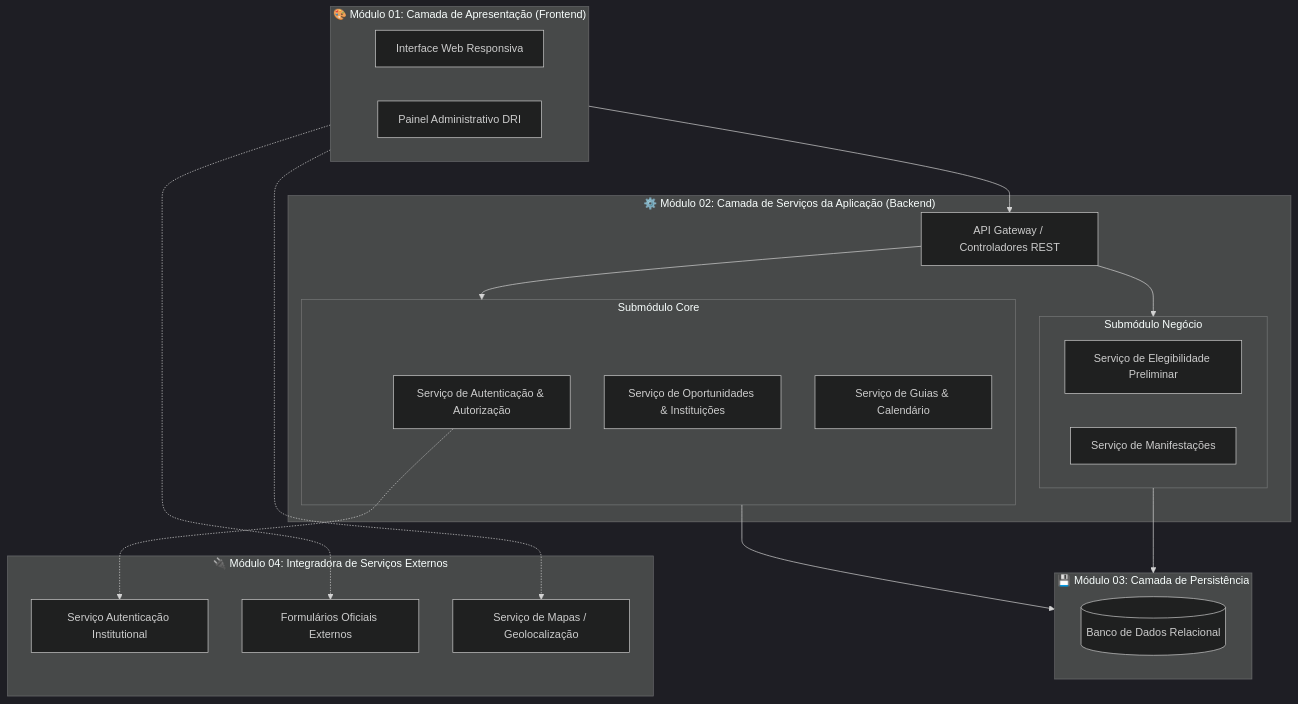
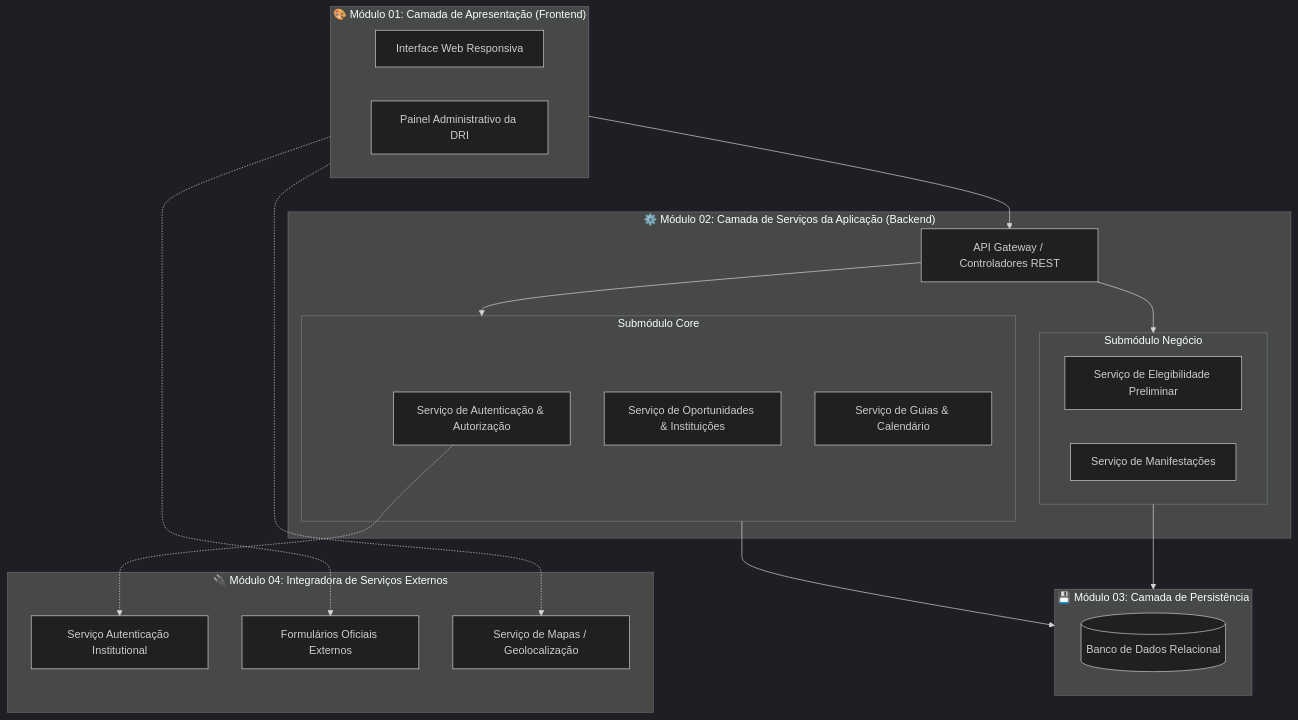
Before and after one commit to niclasmn/requisitos-2026--grupo3: the second of 4 diagrams in Requisitos/Visao-Demanda-grupo3.md, drawn with Mermaid (dark theme). The commit also changed other lines of this file, not shown here.

````diff
--- a/Requisitos/Visao-Demanda-grupo3.md
+++ b/Requisitos/Visao-Demanda-grupo3.md
@@ -316,44 +317,44 @@
 ```mermaid
 graph TB
     subgraph ModuloApresentacao["🎨 Módulo 01: Camada de Apresentação (Frontend)"]
         UI[Interface Web Responsiva]
-        AdminUI[Painel Administrativo DRI]
+        AdminUI[Painel Administrativo da DRI]
     end
 
     subgraph ModuloServicos["⚙️ Módulo 02: Camada de Serviços da Aplicação (Backend)"]
         API[API Gateway / Controladores REST]
         
         subgraph SubModuloscatalogo["Submódulo Core"]
             Auth[Serviço de Autenticação & Autorização]
             Oportunidades[Serviço de Oportunidades & Instituições]
             Conteudo[Serviço de Guias & Calendário]
         end
         
         subgraph SubModulosRegra["Submódulo Negócio"]
             Elegibilidade[Serviço de Elegibilidade Preliminar]
             Interesse[Serviço de Manifestações]
         end
     end
 
     subgraph ModuloPersistencia["💾 Módulo 03: Camada de Persistência"]
         BD[(Banco de Dados Relacional)]
     end
 
     subgraph ModuloIntegracao["🔌 Módulo 04: Integradora de Serviços Externos"]
         SSO[Serviço Autenticação Institutional]
         Formularios[Formulários Oficiais Externos]
         Mapa[Serviço de Mapas / Geolocalização]
     end
 
     %% Relacionamentos Modularizados
     ModuloApresentacao --> API
     API --> SubModuloscatalogo
     API --> SubModulosRegra
     
     SubModuloscatalogo --> ModuloPersistencia
     SubModulosRegra --> ModuloPersistencia
 
     Auth -.-> SSO
     ModuloApresentacao -.-> Formularios
     ModuloApresentacao -.-> Mapa
 ```
````
